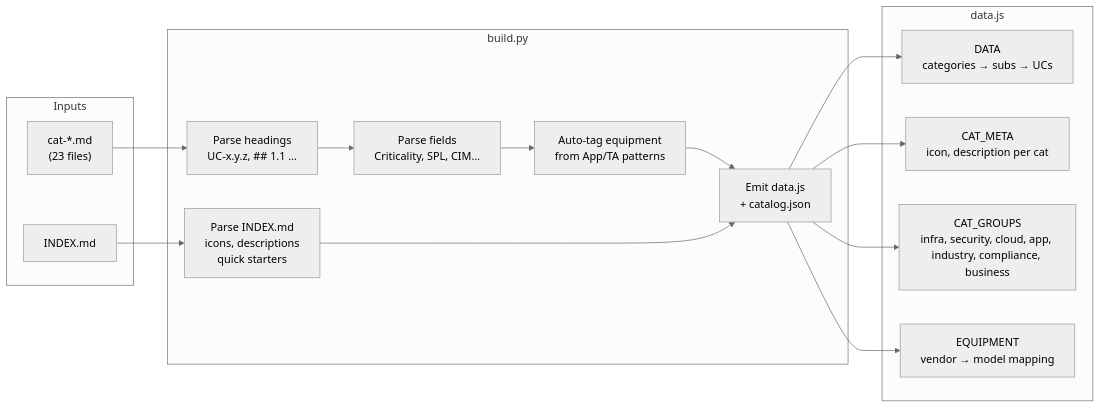
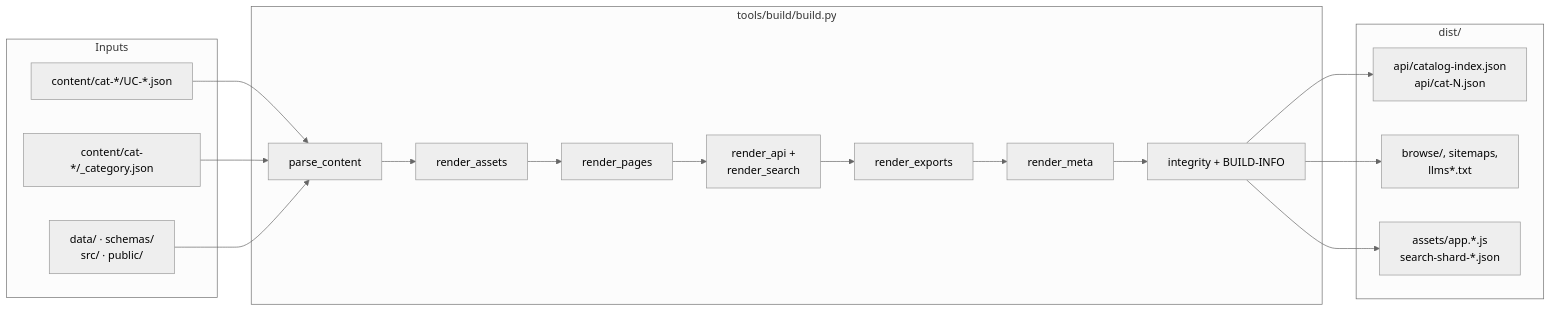
Before and after one commit to fenre/splunk-monitoring-use-cases: the third of 6 diagrams in CODEBASE-DIAGRAM.md, drawn with Mermaid (neutral theme). The commit also changed other lines of this file and 50 other files, not shown here.

````diff
--- a/CODEBASE-DIAGRAM.md
+++ b/CODEBASE-DIAGRAM.md
@@ -83,33 +88,32 @@
 ```mermaid
 flowchart LR
     subgraph inputs["Inputs"]
-        A["cat-*.md\n(23 files)"]
-        B["INDEX.md"]
+        A["content/cat-*/UC-*.json"]
+        B["content/cat-*/_category.json"]
+        C["data/ · schemas/<br/>src/ · public/"]
     end
 
-    subgraph build_steps["build.py"]
-        P1["Parse headings\nUC-x.y.z, ## 1.1 …"]
-        P2["Parse fields\nCriticality, SPL, CIM…"]
-        P3["Parse INDEX.md\nicons, descriptions\nquick starters"]
-        P4["Auto-tag equipment\nfrom App/TA patterns"]
-        P5["Emit data.js\n+ catalog.json"]
+    subgraph pipeline["tools/build/build.py"]
+        P1["parse_content"]
+        P2["render_assets"]
+        P3["render_pages"]
+        P4["render_api +<br/>render_search"]
+        P5["render_exports"]
+        P6["render_meta"]
+        P7["integrity + BUILD-INFO"]
     end
 
-    subgraph js["data.js"]
-        D["DATA\ncategories → subs → UCs"]
-        M["CAT_META\nicon, description per cat"]
-        G["CAT_GROUPS\ninfra, security, cloud, app, industry, compliance, business"]
-        E["EQUIPMENT\nvendor → model mapping"]
+    subgraph out["dist/"]
+        O1["api/catalog-index.json<br/>api/cat-N.json"]
+        O2["browse/, sitemaps,<br/>llms*.txt"]
+        O3["assets/app.*.js<br/>search-shard-*.json"]
     end
 
     A --> P1
-    B --> P3
-    P1 --> P2
-    P2 --> P4
-    P4 --> P5
-    P3 --> P5
-    P5 --> D
-    P5 --> M
-    P5 --> G
-    P5 --> E
+    B --> P1
+    C --> P1
+    P1 --> P2 --> P3 --> P4 --> P5 --> P6 --> P7
+    P7 --> O1
+    P7 --> O2
+    P7 --> O3
 ```
````
